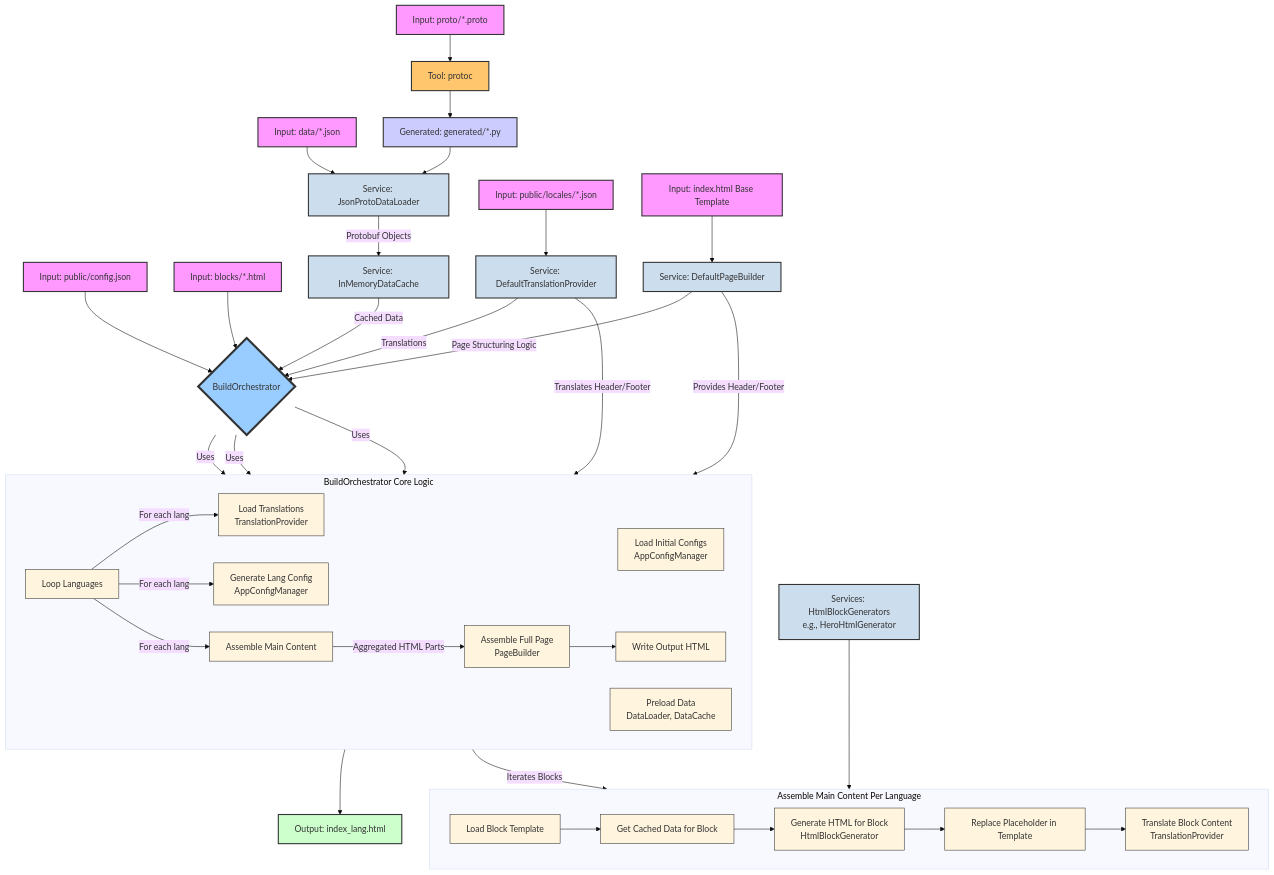
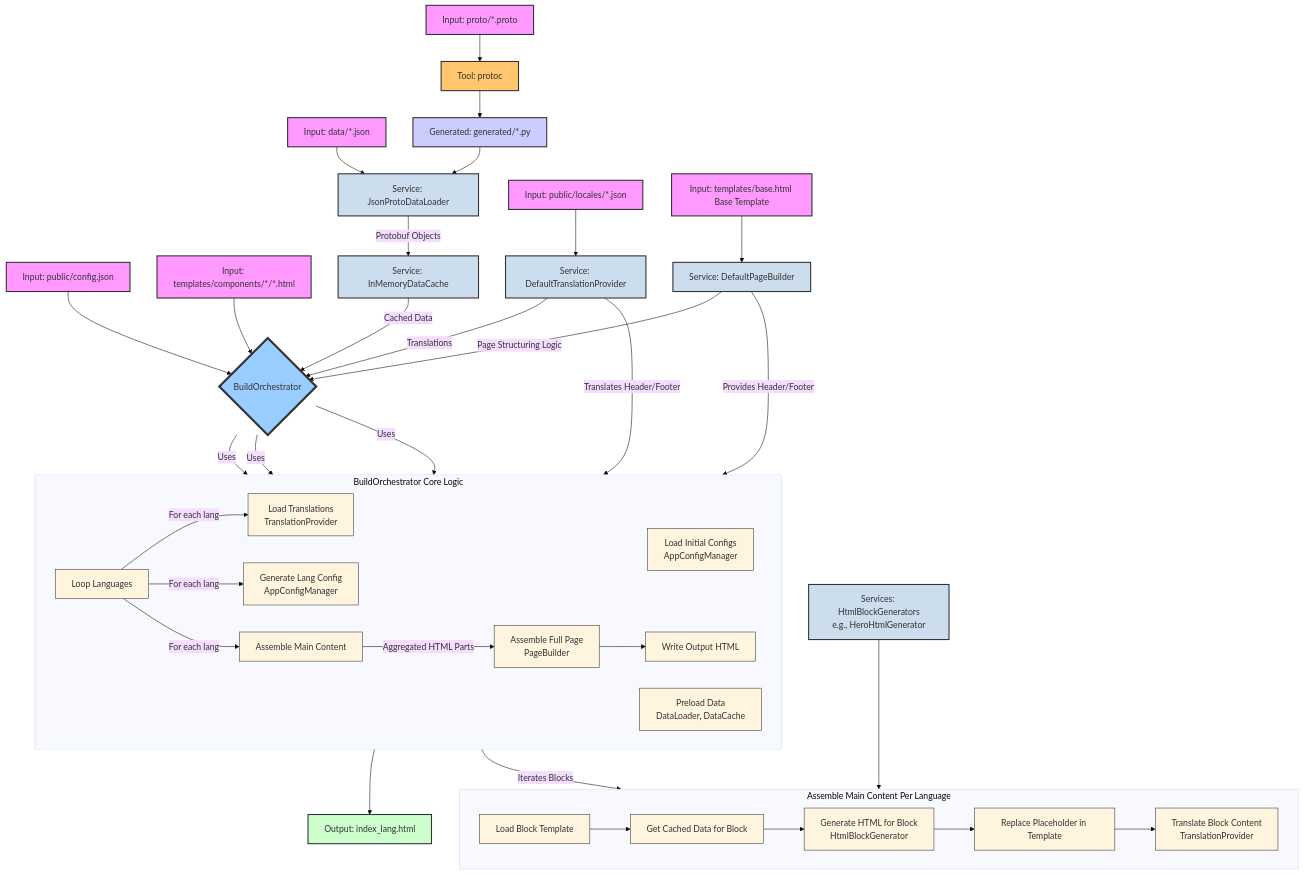
The diagram in docs/data_flow.md (zaebee/landing-template), drawn with Mermaid (base theme) before and after one commit. The commit also changed other lines of this file and 3 other files, not shown here.

```diff
--- a/docs/data_flow.md
+++ b/docs/data_flow.md
@@ -114,9 +114,9 @@
     C_PROTO[Input: proto/*.proto] --> D_PROTOC[Tool: protoc];
     D_PROTOC --> E_STUBS[Generated: generated/*.py];
     E_STUBS --> DATA_LOADER[Service: JsonProtoDataLoader];
-    F_BLOCKS[Input: blocks/*.html] --> ORCHESTRATOR;
+    F_BLOCKS[Input: templates/components/*/*.html] --> ORCHESTRATOR;
     G_LOCALES[Input: public/locales/*.json] --> TRANS_PROVIDER[Service: DefaultTranslationProvider];
-    H_BASE_HTML[Input: index.html Base Template] --> PAGE_BUILDER[Service: DefaultPageBuilder];
+    H_BASE_HTML[Input: templates/base.html Base Template] --> PAGE_BUILDER[Service: DefaultPageBuilder];
 
     DATA_LOADER -- Protobuf Objects --> DATA_CACHE[Service: InMemoryDataCache];
     DATA_CACHE -- Cached Data --> ORCHESTRATOR;
```
